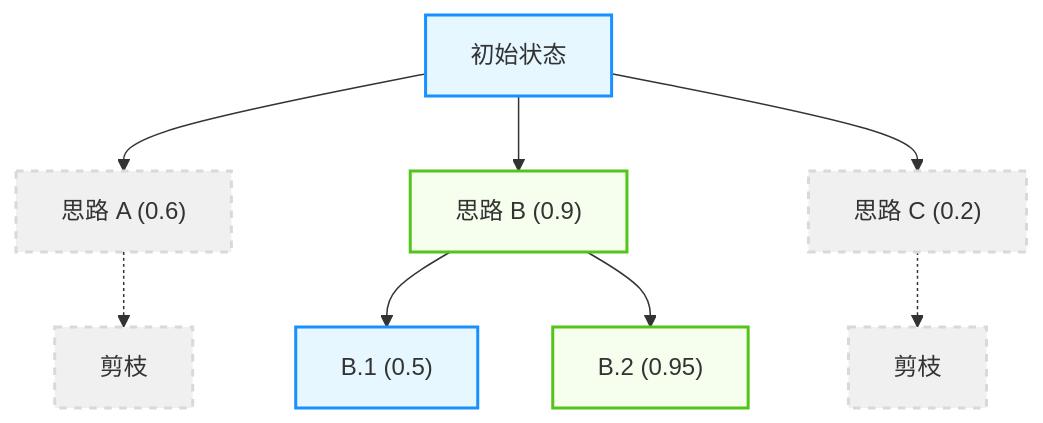
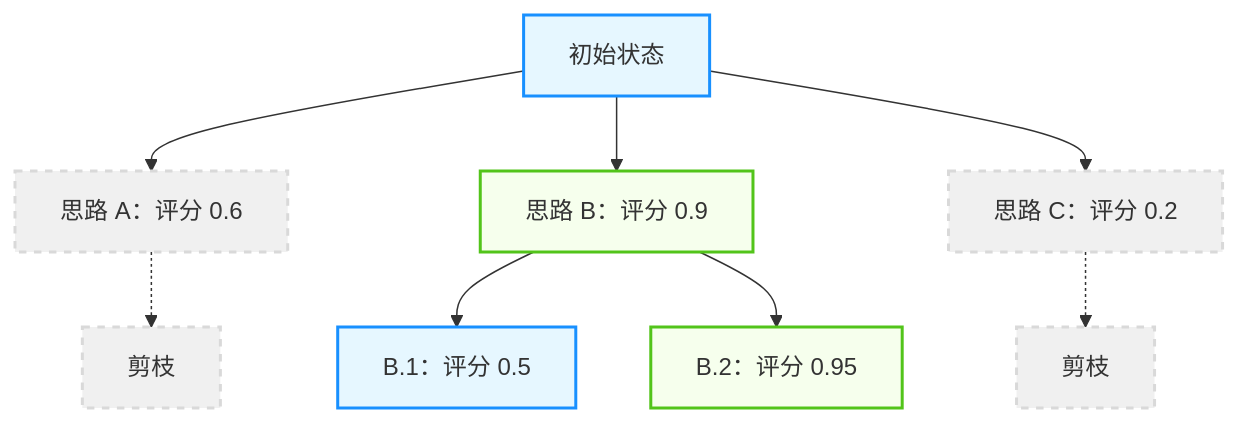
Before and after one commit to yeasy/agentic_ai_guide: the diagram in 02_reasoning/2.2_decomposition.md, drawn with Mermaid. The commit also changed other lines of this file and 88 other files, not shown here.

````diff
--- a/02_reasoning/2.2_decomposition.md
+++ b/02_reasoning/2.2_decomposition.md
@@ -31,22 +29,22 @@
 ```mermaid
 graph TD
     %% Agentic Design System
     classDef agent fill:#e6f7ff,stroke:#1890ff,stroke-width:2px;
     classDef good fill:#f6ffed,stroke:#52c41a,stroke-width:2px;
     classDef pruned fill:#f0f0f0,stroke:#d9d9d9,stroke-width:2px,stroke-dasharray: 5 5;
 
-    Root["初始状态"] --> N1["思路 A (0.6)"]
-    Root --> N2["思路 B (0.9)"]
-    Root --> N3["思路 C (0.2)"]
+    Root["初始状态"] --> N1["思路 A：评分 0.6"]
+    Root --> N2["思路 B：评分 0.9"]
+    Root --> N3["思路 C：评分 0.2"]
     
-    N2 --> N2a["B.1 (0.5)"]
-    N2 --> N2b["B.2 (0.95)"]
+    N2 --> N2a["B.1：评分 0.5"]
+    N2 --> N2b["B.2：评分 0.95"]
     
     N1 -.-> DeadEnd1["剪枝"]
     N3 -.-> DeadEnd2["剪枝"]
     
     class Root agent;
     class N2,N2b good;
     class N1,N3,DeadEnd1,DeadEnd2 pruned;
     class N2a agent;
 ```
````
